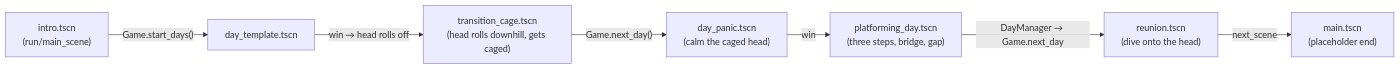
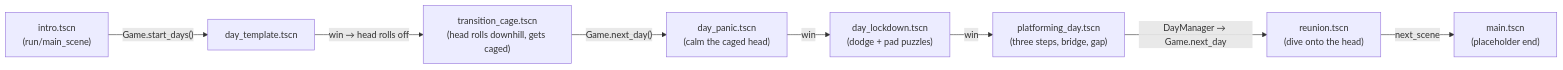
Before and after one commit to tucksravin/dont-lose-your-head: the diagram in docs/CODEBASE.md, drawn with Mermaid. The commit also changed other lines of this file and 20 other files, not shown here.

Commit message:
added lockdown day

````diff
--- a/docs/CODEBASE.md
+++ b/docs/CODEBASE.md
@@ -26,9 +26,10 @@
 ```mermaid
 flowchart LR
   I["intro.tscn<br/>(run/main_scene)"] -- "Game.start_days()" --> D0["day_template.tscn"]
   D0 -- "win → head rolls off" --> T1["transition_cage.tscn<br/>(head rolls downhill, gets caged)"]
   T1 -- "Game.next_day()" --> D1["day_panic.tscn<br/>(calm the caged head)"]
-  D1 -- "win" --> D2["platforming_day.tscn<br/>(three steps, bridge, gap)"]
+  D1 -- "win" --> Dlock["day_lockdown.tscn<br/>(dodge + pad puzzles)"]
+  Dlock -- "win" --> D2["platforming_day.tscn<br/>(three steps, bridge, gap)"]
   D2 -- "DayManager → Game.next_day" --> R["reunion.tscn<br/>(dive onto the head)"]
   R -- "next_scene" --> M["main.tscn<br/>(placeholder end)"]
 ```
````
